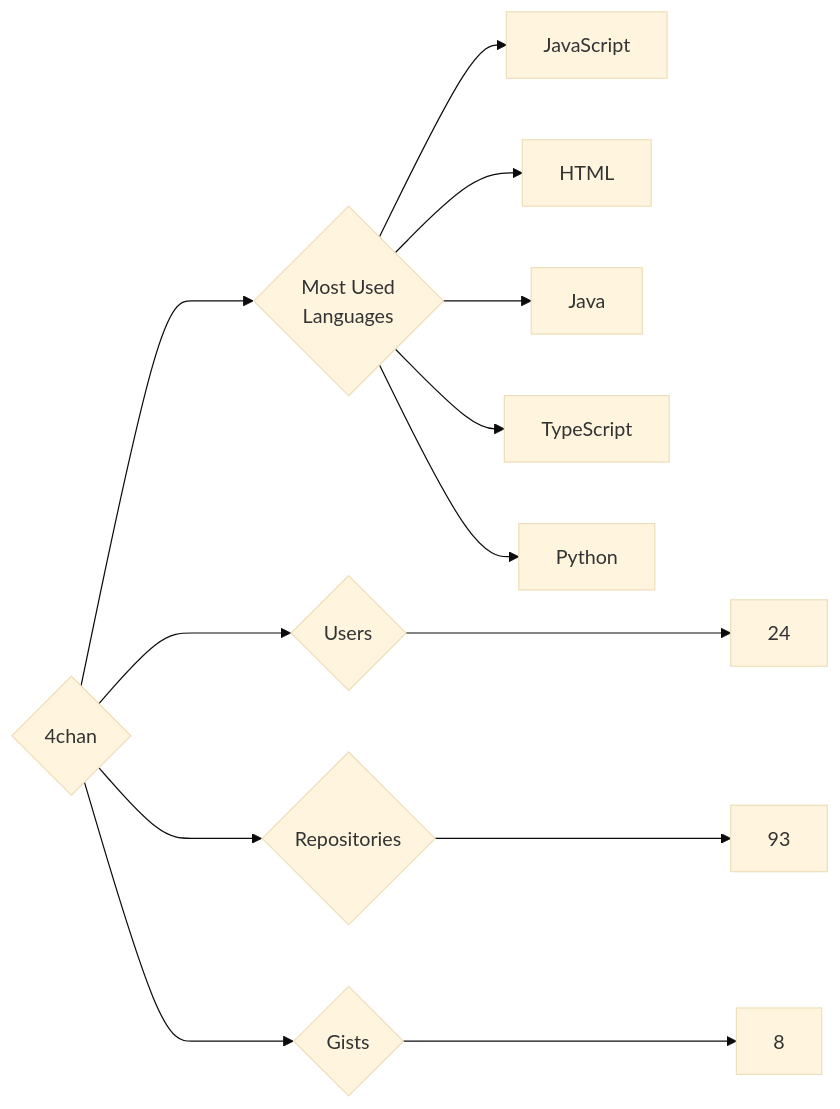
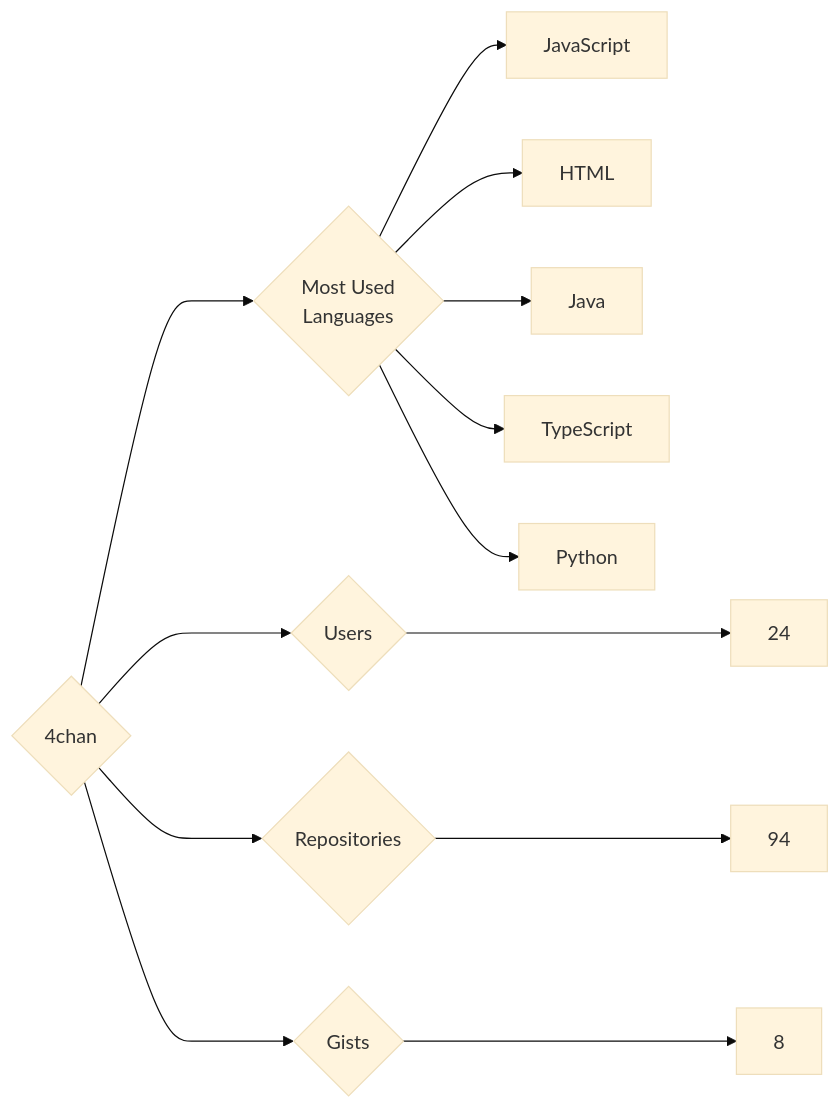
The diagram in targets/4chan/README.md (trickest/insiders), drawn with Mermaid (base theme) before and after one commit. The commit also changed 750 other files, not shown here.

````diff
--- a/targets/4chan/README.md
+++ b/targets/4chan/README.md
@@ -3,13 +3,13 @@
 ```mermaid
 graph LR
 COMPANY_NAME{4chan}
 COMPANY_NAME ---> U{Users} ---> UN[24]
-COMPANY_NAME ---> R{Repositories} ---> RN[93]
+COMPANY_NAME ---> R{Repositories} ---> RN[94]
 COMPANY_NAME ---> G{Gists} ---> GN[8]
 COMPANY_NAME ---> ML{Most Used<br>Languages}
 ML --> JavaScript[JavaScript]
 ML --> HTML[HTML]
 ML --> Java[Java]
 ML --> TypeScript[TypeScript]
 ML --> Python[Python]
 ```
````
